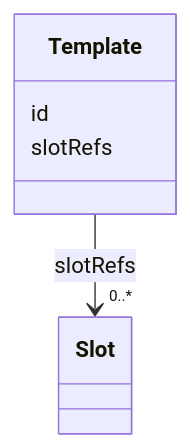
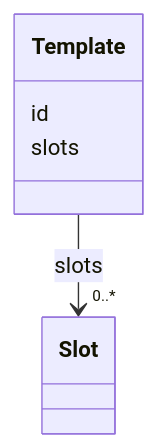
Before and after one commit to openuji/spec-ujg: the third of 7 diagrams in specs/ed/modules/design-system/index.md, drawn with Mermaid. The commit also changed other lines of this file and 370 other files, not shown here.

````diff
--- a/specs/ed/modules/design-system/index.md
+++ b/specs/ed/modules/design-system/index.md
@@ -143,9 +133,9 @@
 ```mermaid
 classDiagram
   class Slot
   class Template {
     id
-    slotRefs
+    slots
   }
-  Template --> "0..*" Slot : slotRefs
+  Template --> "0..*" Slot : slots
 ```
````
